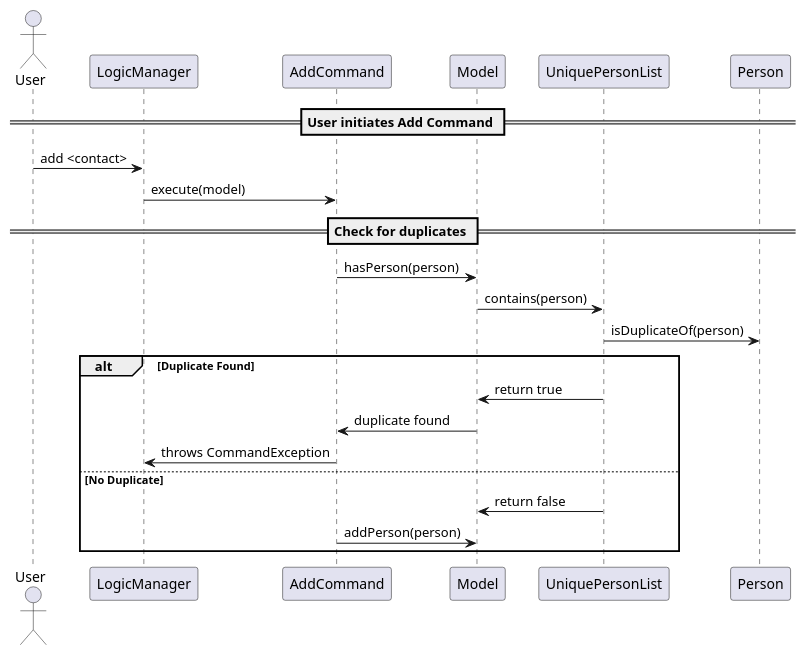
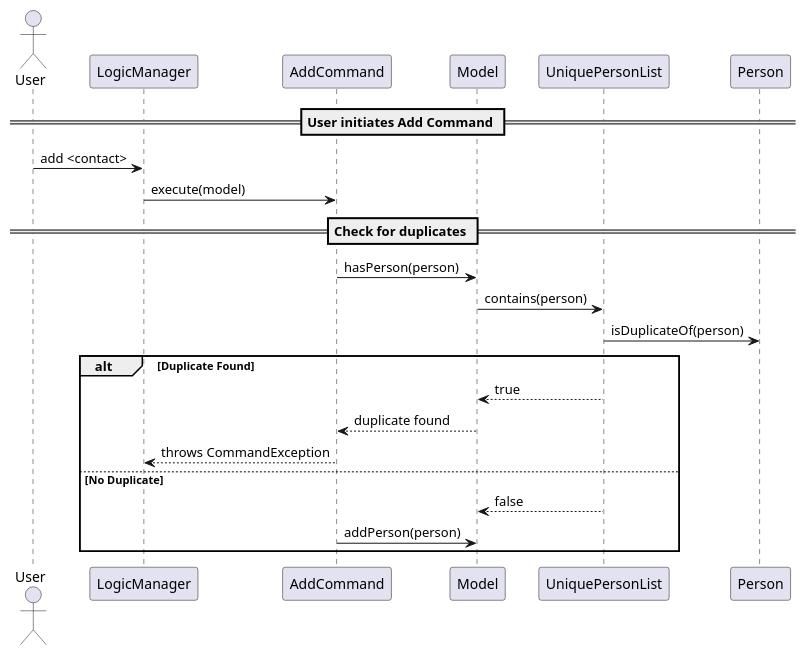
One commit to AY2425S2-CS2103T-F14-4/tp changed the diagram in docs/diagrams/AddCommandSequenceDiagram.puml. Above: the diagram before and after it, drawn with PlantUML. The commit also changed other lines of this file and 1 other file, not shown here.

Commit message:
Fix DG AddCommand sequence diagram to use dashed return arrows

```diff
--- a/docs/diagrams/AddCommandSequenceDiagram.puml
+++ b/docs/diagrams/AddCommandSequenceDiagram.puml
@@ -1,26 +1,26 @@
 @startuml
 actor User
 participant LogicManager
 participant AddCommand
 participant Model
 participant UniquePersonList
 participant Person
 
 == User initiates Add Command ==
 User -> LogicManager: add <contact>
 LogicManager -> AddCommand: execute(model)
 
 == Check for duplicates ==
 AddCommand -> Model: hasPerson(person)
 Model -> UniquePersonList: contains(person)
 UniquePersonList -> Person: isDuplicateOf(person)
 
 alt Duplicate Found
-    UniquePersonList -> Model: return true
-    Model -> AddCommand: duplicate found
-    AddCommand -> LogicManager: throws CommandException
+    UniquePersonList --> Model: true
+    Model --> AddCommand: duplicate found
+    AddCommand --> LogicManager: throws CommandException
 else No Duplicate
-    UniquePersonList -> Model: return false
+    UniquePersonList --> Model: false
     AddCommand -> Model: addPerson(person)
 end
 @enduml
```
